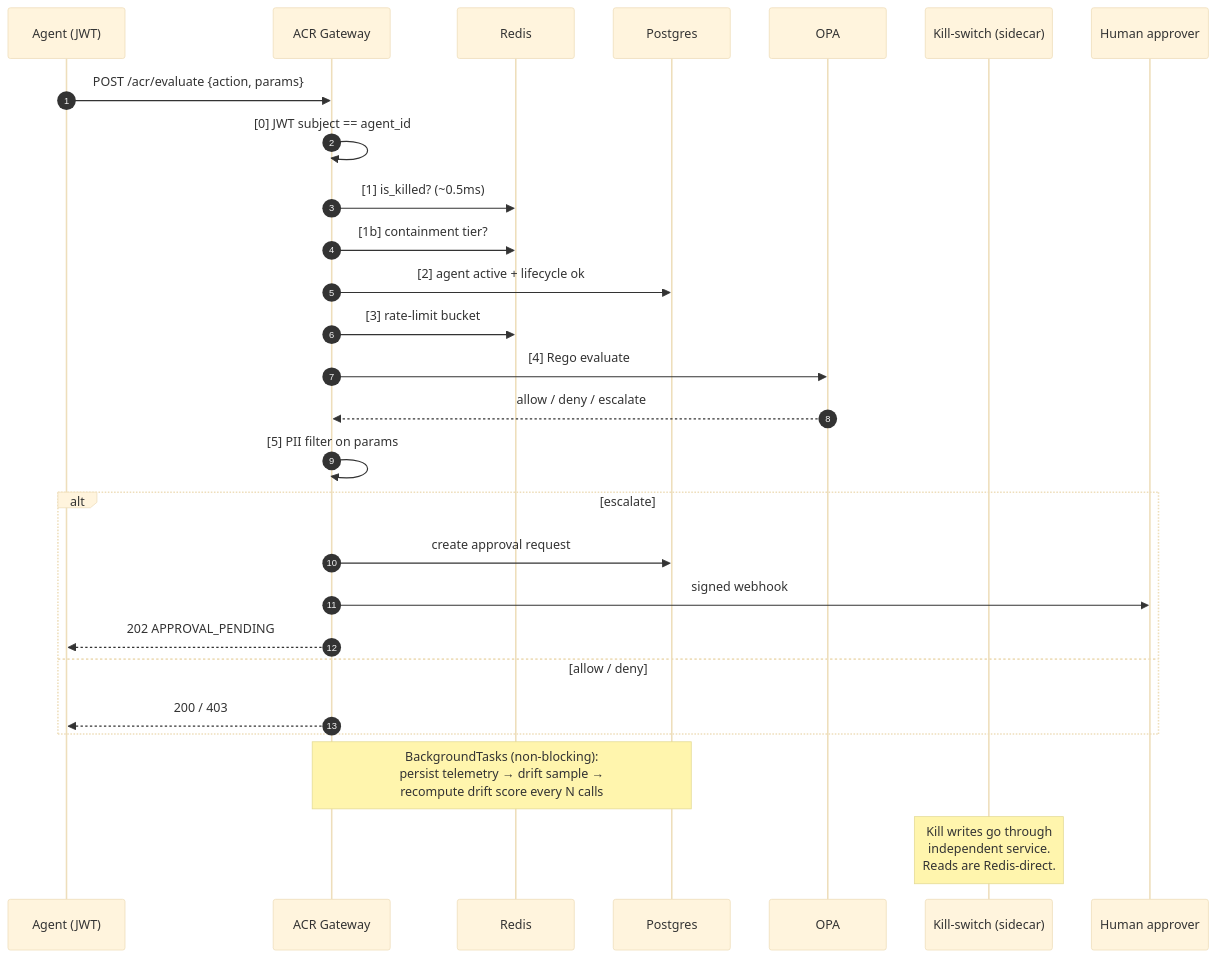
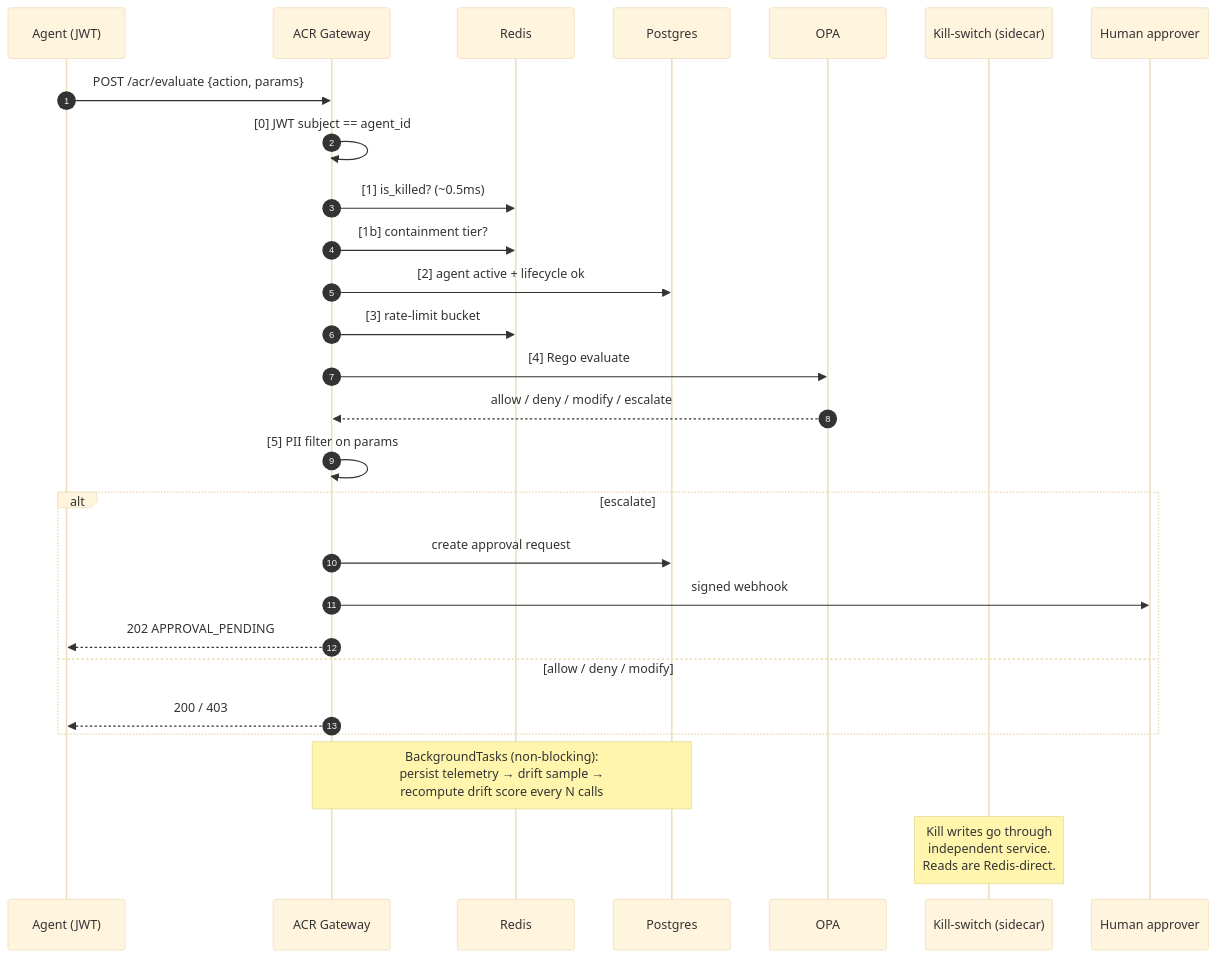
One commit to AdamDiStefanoAI/acr-framework changed the diagram in README.md. Above: the diagram before and after it, drawn with Mermaid (base theme). The commit also changed other lines of this file and 9 other files, not shown here.

````diff
--- a/README.md
+++ b/README.md
@@ -135,30 +135,30 @@
 ```mermaid
 sequenceDiagram
     autonumber
     participant A as Agent (JWT)
     participant G as ACR Gateway
     participant R as Redis
     participant DB as Postgres
     participant O as OPA
     participant K as Kill-switch (sidecar)
     participant H as Human approver
 
     A->>G: POST /acr/evaluate {action, params}
     G->>G: [0] JWT subject == agent_id
     G->>R: [1] is_killed?  (~0.5ms)
     G->>R: [1b] containment tier?
     G->>DB: [2] agent active + lifecycle ok
     G->>R: [3] rate-limit bucket
     G->>O: [4] Rego evaluate
-    O-->>G: allow / deny / escalate
+    O-->>G: allow / deny / modify / escalate
     G->>G: [5] PII filter on params
     alt escalate
         G->>DB: create approval request
         G->>H: signed webhook
         G-->>A: 202 APPROVAL_PENDING
-    else allow / deny
+    else allow / deny / modify
         G-->>A: 200 / 403
     end
     Note over G,DB: BackgroundTasks (non-blocking):<br/>persist telemetry → drift sample →<br/>recompute drift score every N calls
     Note over K: Kill writes go through<br/>independent service.<br/>Reads are Redis-direct.
 ```
````
